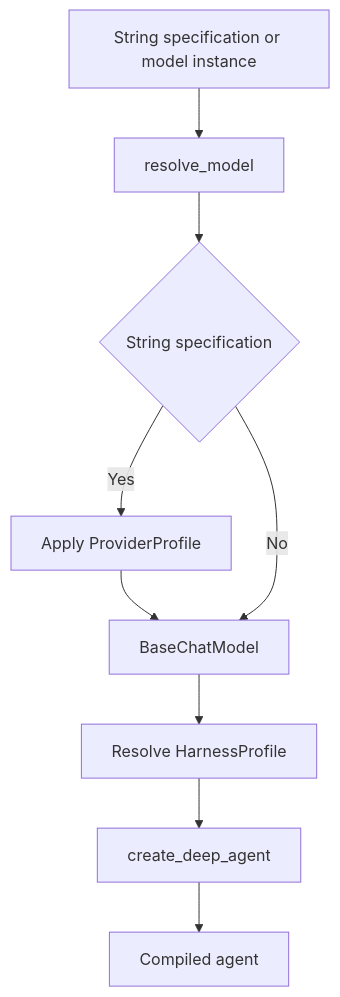
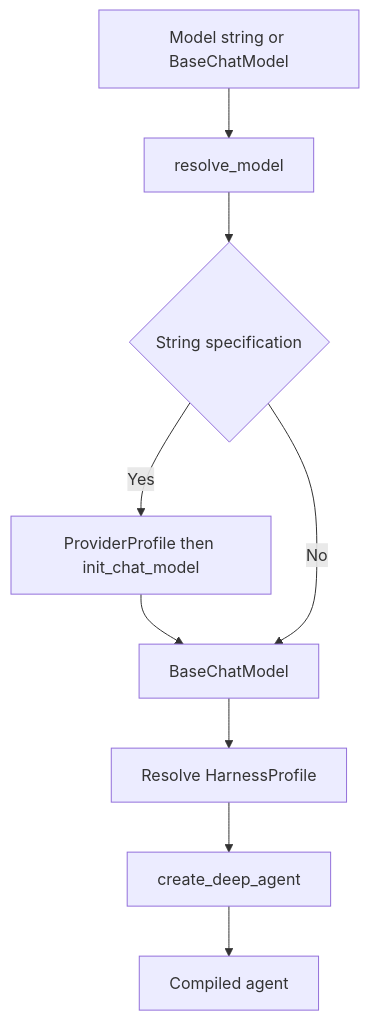
Before and after one commit to langchain-ai/deepagents: the first of 4 diagrams in openwiki/concepts/profiles-models.md, drawn with Mermaid. The commit also changed other lines of this file and 53 other files, not shown here.

````diff
--- a/openwiki/concepts/profiles-models.md
+++ b/openwiki/concepts/profiles-models.md
@@ -54,11 +56,11 @@
 ```mermaid
 flowchart TD
-    Input["String specification or model instance"] --> Resolve["resolve_model"]
-    Resolve --> Check{"String specification"}
-    Check -->|Yes| Provider["Apply ProviderProfile"]
+    Input["Model string or BaseChatModel"] --> Resolve["resolve_model"]
+    Resolve --> StringCheck{"String specification"}
+    StringCheck -->|Yes| Provider["ProviderProfile then init_chat_model"]
     Provider --> Model["BaseChatModel"]
-    Check -->|No| Model
+    StringCheck -->|No| Model
     Model --> Harness["Resolve HarnessProfile"]
     Harness --> Assemble["create_deep_agent"]
     Assemble --> Agent["Compiled agent"]
 ```
````
